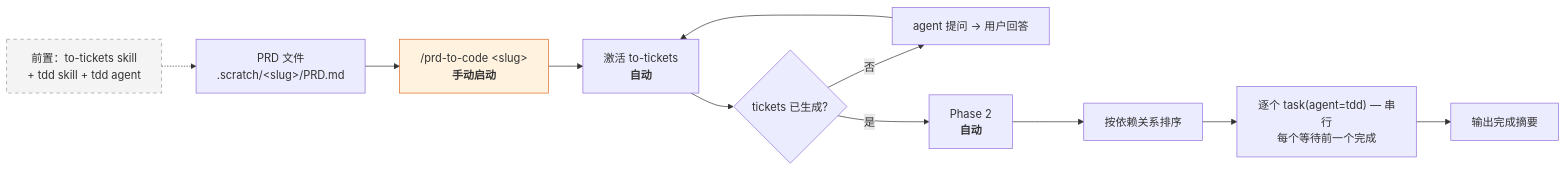
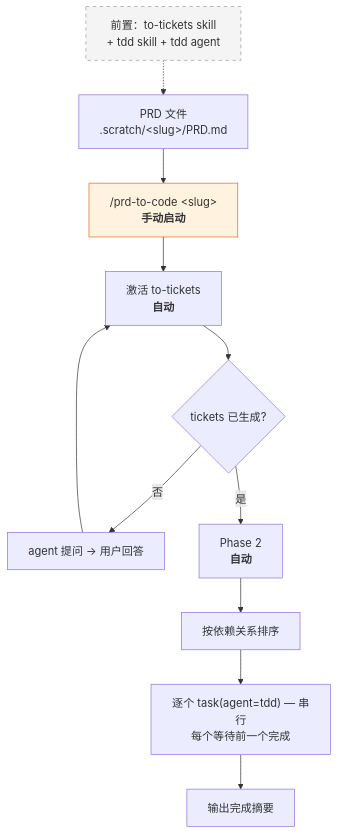
The second of 2 diagrams in README.cn.md (hugosol/oh-my-wayfinder), drawn with Mermaid before and after one commit. The commit also changed 1 other file, not shown here.

Commit message:
flow b change to vertical

````diff
--- a/README.cn.md
+++ b/README.cn.md
@@ -85,15 +85,15 @@
 ```mermaid
-flowchart LR
+flowchart TD
     PRE["前置：to-tickets skill<br/>+ tdd skill + tdd agent"] -.-> P
     P["PRD 文件<br/>.scratch/&lt;slug&gt;/PRD.md"] --> C["/prd-to-code &lt;slug&gt;<br/><b>手动启动</b>"]
     C --> A["激活 to-tickets<br/><b>自动</b>"]
     A --> Q{"tickets 已生成?"}
     Q -->|"否"| QA["agent 提问 → 用户回答"] --> A
     Q -->|"是"| P2["Phase 2<br/><b>自动</b>"]
     P2 --> ORD["按依赖关系排序"]
     ORD --> TD["逐个 task(agent=tdd) — 串行<br/>每个等待前一个完成"]
     TD --> DONE["输出完成摘要"]
 
     style C fill:#fff3e0,stroke:#dd6b20
     style PRE fill:#f4f4f4,stroke:#999,stroke-dasharray:5 5
 ```
````
